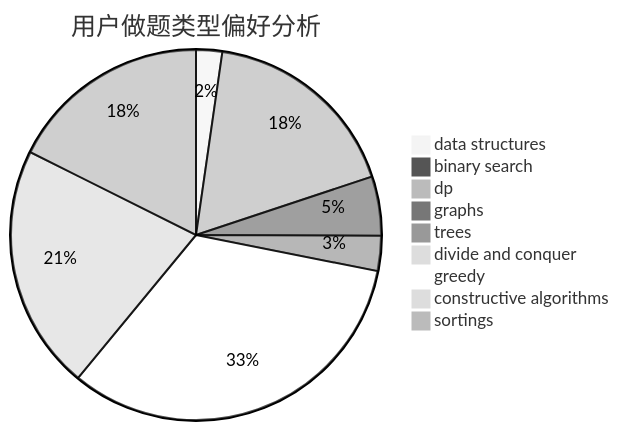
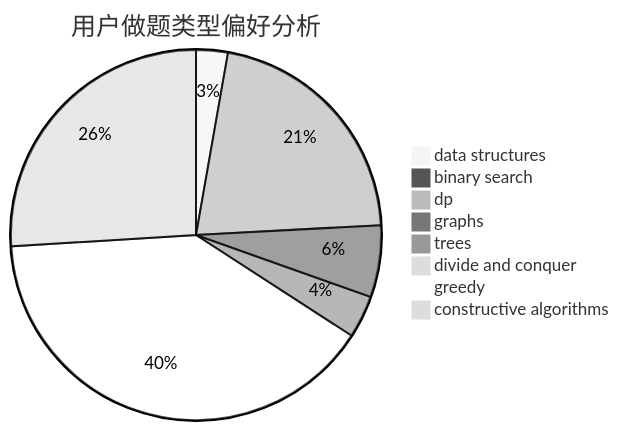
The second of 3 diagrams in docs/user/u127.md (sherpahu/cfrs.github.io), drawn with Mermaid (neutral theme) before and after one commit. The commit also changed other lines of this file and 2769 other files, not shown here.

````diff
--- a/docs/user/u127.md
+++ b/docs/user/u127.md
@@ -18,12 +18,11 @@
 ```mermaid
 pie title 用户做题类型偏好分析
     "data structures" :  41
     "binary search" :  5
     "dp" :  317
     "graphs" :  93
     "trees" :  55
     "divide and conquer" :  6
     "greedy" :  591
     "constructive algorithms" :  385
-    "sortings" :  317
 ```
````
